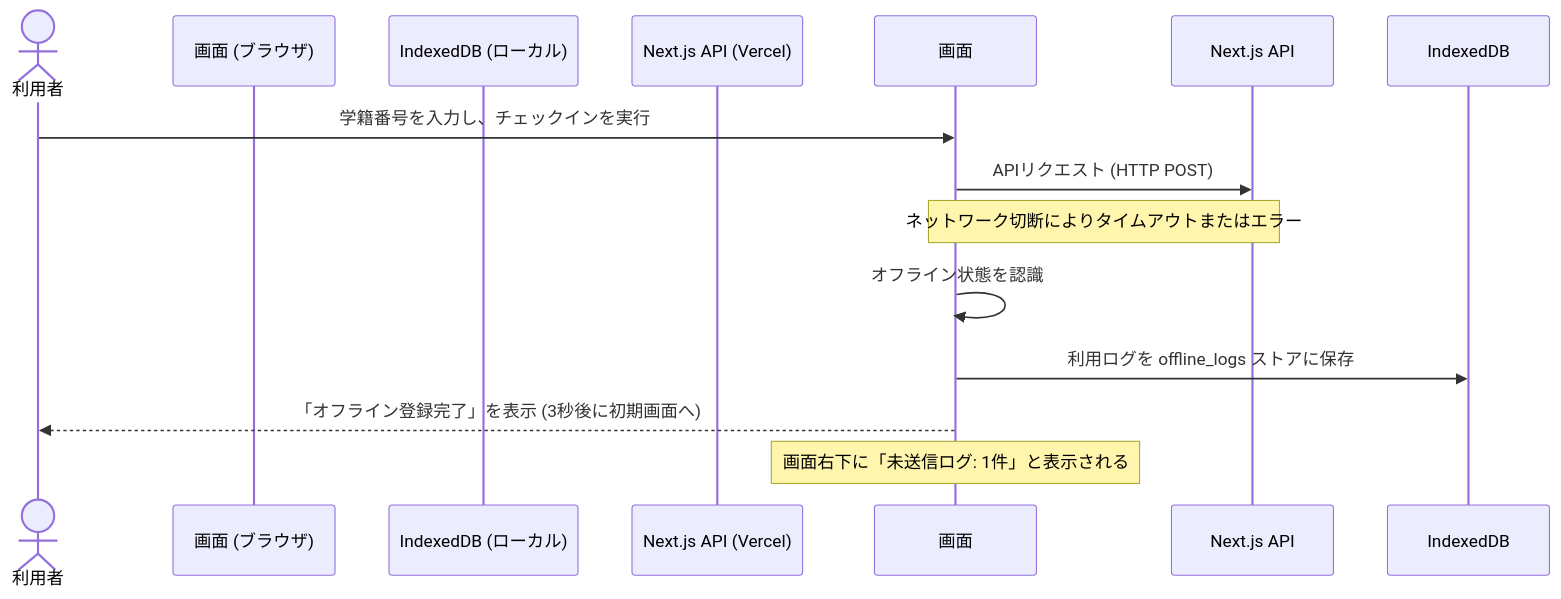
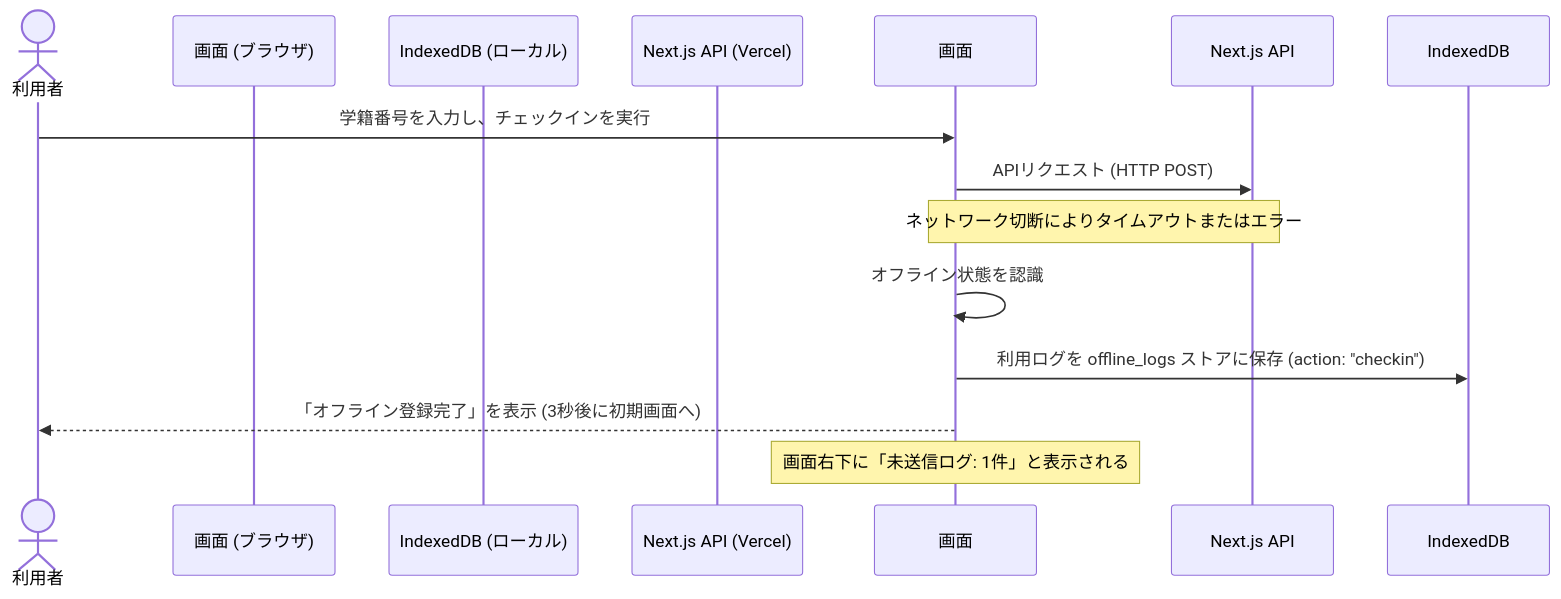
Before and after one commit to tachiyu1931-code/gym-reservation: the second of 5 diagrams in doc/基本設計書.md, drawn with Mermaid. The commit also changed other lines of this file and 23 other files, not shown here.

````diff
--- a/doc/基本設計書.md
+++ b/doc/基本設計書.md
@@ -52,16 +68,16 @@
 ```mermaid
 sequenceDiagram
     actor 利用者
     participant 画面 (ブラウザ)
     participant IndexedDB (ローカル)
     participant Next.js API (Vercel)
 
     利用者->>画面: 学籍番号を入力し、チェックインを実行
     画面->>Next.js API: APIリクエスト (HTTP POST)
     Note over 画面, Next.js API: ネットワーク切断によりタイムアウトまたはエラー
-    
+
     画面->>画面: オフライン状態を認識
-    画面->>IndexedDB: 利用ログを offline_logs ストアに保存
+    画面->>IndexedDB: 利用ログを offline_logs ストアに保存 (action: "checkin")
     画面-->>利用者: 「オフライン登録完了」を表示 (3秒後に初期画面へ)
     Note over 画面: 画面右下に「未送信ログ: 1件」と表示される
 ```
````
